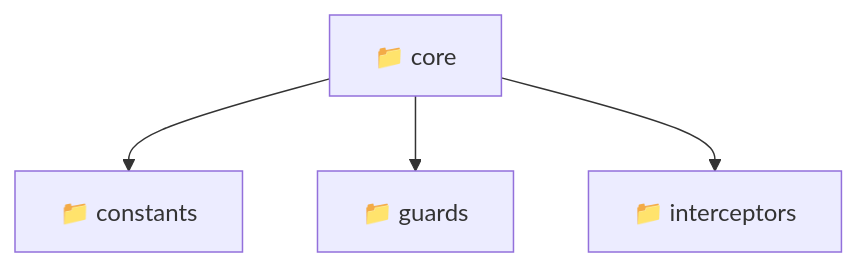
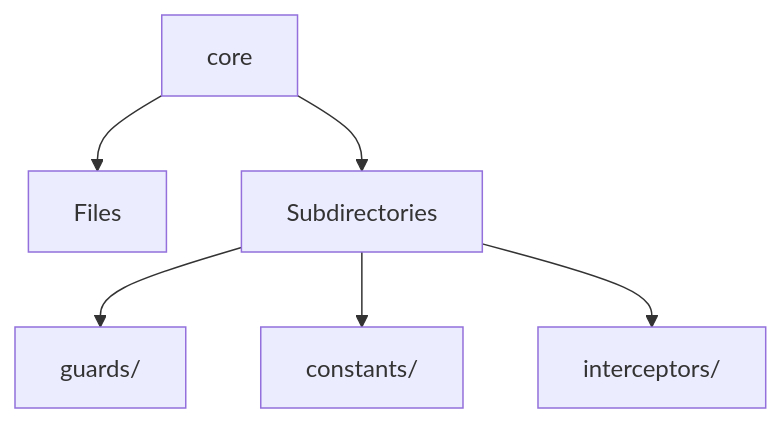
The diagram in frontend/src/core/README.md (beginwebdev2002/fullstack-mavluda), drawn with Mermaid before and after one commit. The commit also changed other lines of this file and 167 other files, not shown here.

````diff
--- a/frontend/src/core/README.md
+++ b/frontend/src/core/README.md
@@ -9,7 +12,8 @@
 ```mermaid
 graph TD
-  core["📁 core"]
-  core --> constants["📁 constants"]
-  core --> guards["📁 guards"]
-  core --> interceptors["📁 interceptors"]
+  core --> Files
+  core --> Subdirectories
+  Subdirectories --> guards[guards/]
+  Subdirectories --> constants[constants/]
+  Subdirectories --> interceptors[interceptors/]
 ```
````
